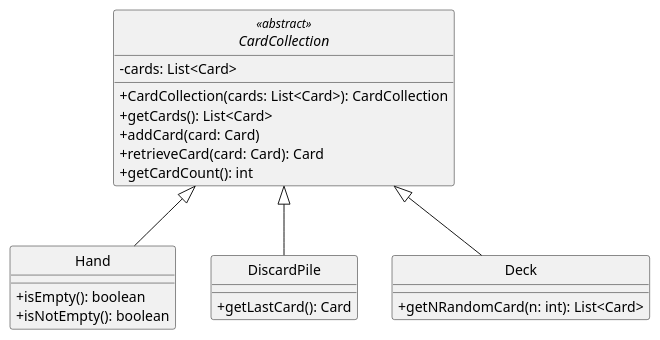
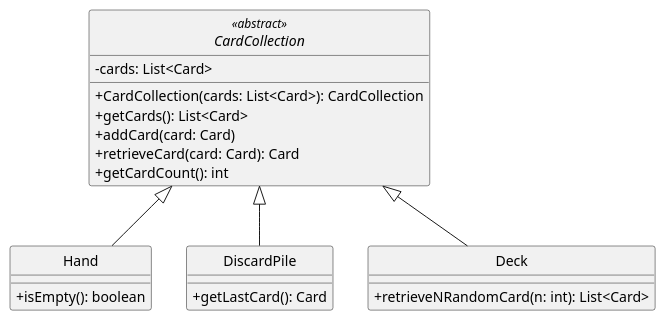
One commit to Yonhir/algo3_proyecto_base_tp2 changed the diagram in diagrams/classes/cardCollection.plantuml. Above: the diagram before and after it, drawn with PlantUML. The commit also changed 1 other file, not shown here.

```diff
--- a/diagrams/classes/cardCollection.plantuml
+++ b/diagrams/classes/cardCollection.plantuml
@@ -1,41 +1,40 @@
 @startuml
 
 skinparam monochrome true
 hide circle
 skinparam classAttributeIconSize 0
 
 ' =====================
 ' CARD COLLECTION
 ' =====================
 
 abstract class CardCollection <<abstract>> {
   -cards: List<Card>
   +CardCollection(cards: List<Card>): CardCollection
   +getCards(): List<Card>
   +addCard(card: Card)
   +retrieveCard(card: Card): Card
   +getCardCount(): int
 }
 
 class Hand {
   +isEmpty(): boolean
-  +isNotEmpty(): boolean
 }
 
 class DiscardPile {
   +getLastCard(): Card
 }
 
 class Deck {
-  +getNRandomCard(n: int): List<Card>
+  +retrieveNRandomCard(n: int): List<Card>
 }
 
 ' =====================
 ' RELATIONSHIPS
 ' =====================
 
 CardCollection <|-- Hand
 CardCollection <|-- DiscardPile
 CardCollection <|-- Deck
 
 @enduml
```
